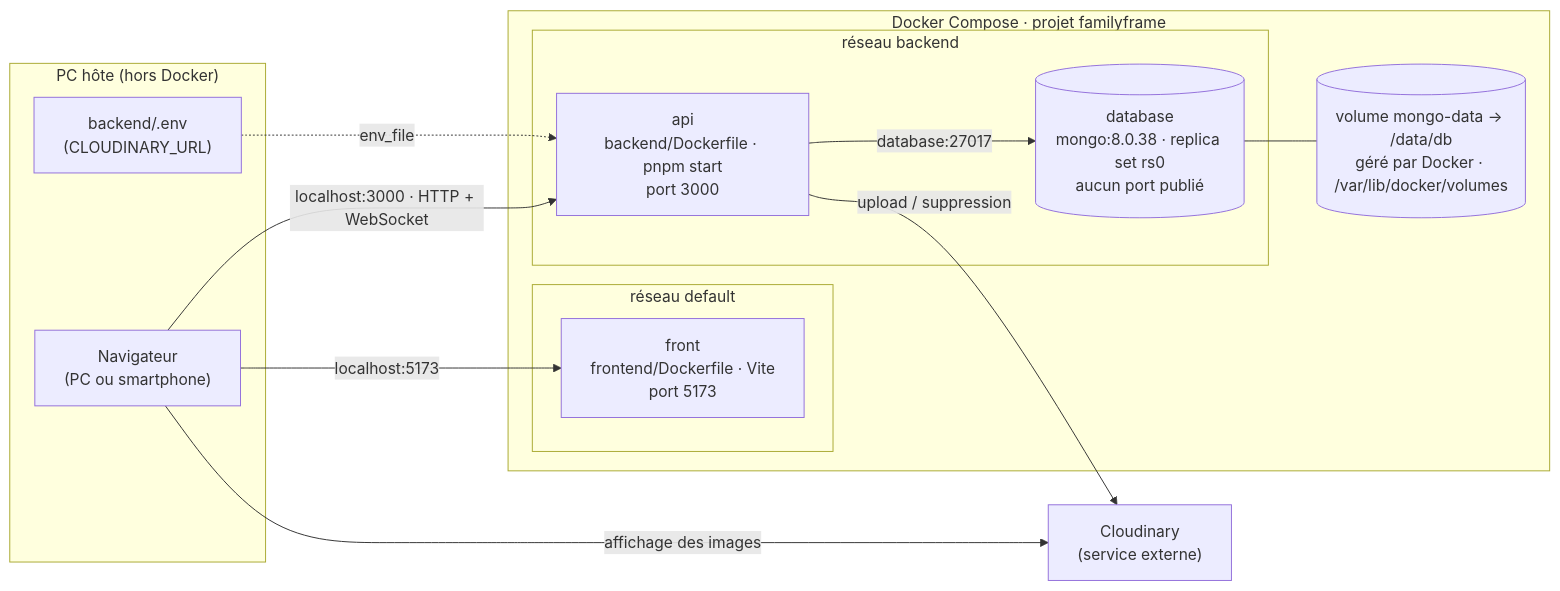
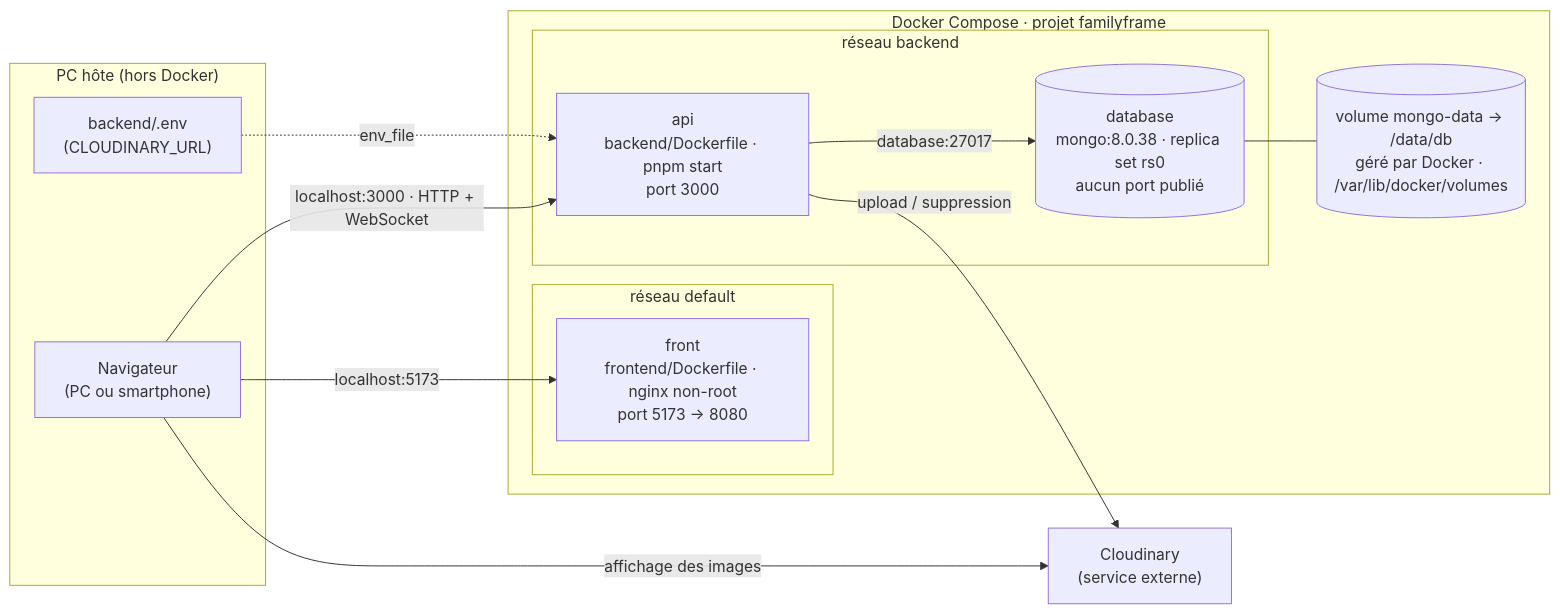
The second of 2 diagrams in ARCHITECTURE.md (SIMPLON-DIST-CDA-260316/familyFrame-Jordan), drawn with Mermaid before and after one commit. The commit also changed other lines of this file and 5 other files, not shown here.

Commit message:
feat(T17): build multi-stage du front servi par nginx non-root en prod

````diff
--- a/ARCHITECTURE.md
+++ b/ARCHITECTURE.md
@@ -54,28 +54,28 @@
 ```mermaid
 flowchart LR
   subgraph host["PC hôte (hors Docker)"]
     browser["Navigateur<br/>(PC ou smartphone)"]
     envfile["backend/.env<br/>(CLOUDINARY_URL)"]
   end
 
   subgraph compose["Docker Compose · projet familyframe"]
     subgraph netdefault["réseau default"]
-      front["front<br/>frontend/Dockerfile · Vite<br/>port 5173"]
+      front["front<br/>frontend/Dockerfile · nginx non-root<br/>port 5173 → 8080"]
     end
     subgraph netbackend["réseau backend"]
       api["api<br/>backend/Dockerfile · pnpm start<br/>port 3000"]
       database[("database<br/>mongo:8.0.38 · replica set rs0<br/>aucun port publié")]
     end
     vol[("volume mongo-data → /data/db<br/>géré par Docker · /var/lib/docker/volumes")]
   end
 
   cloudinary["Cloudinary<br/>(service externe)"]
 
   browser -- "localhost:5173" --> front
   browser -- "localhost:3000 · HTTP + WebSocket" --> api
   api -- "database:27017" --> database
   database --- vol
   api -- "upload / suppression" --> cloudinary
   browser -- "affichage des images" --> cloudinary
   envfile -. "env_file" .-> api
 ```
````
